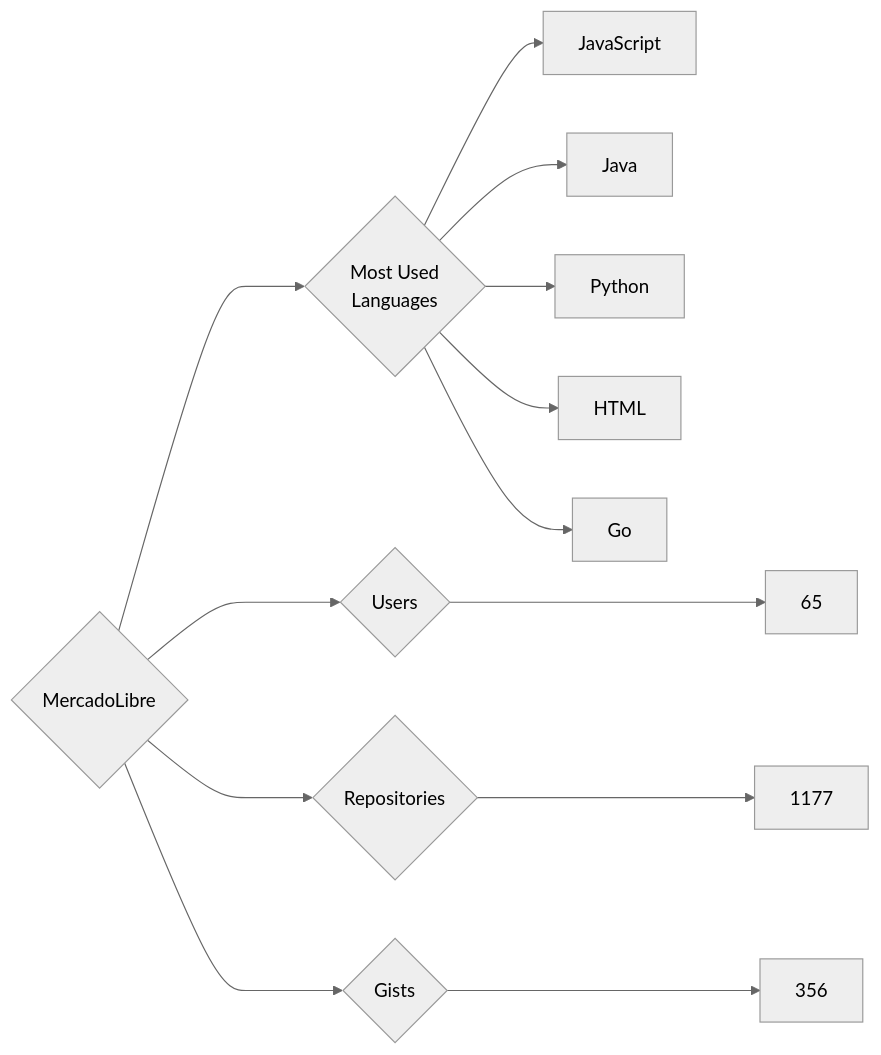
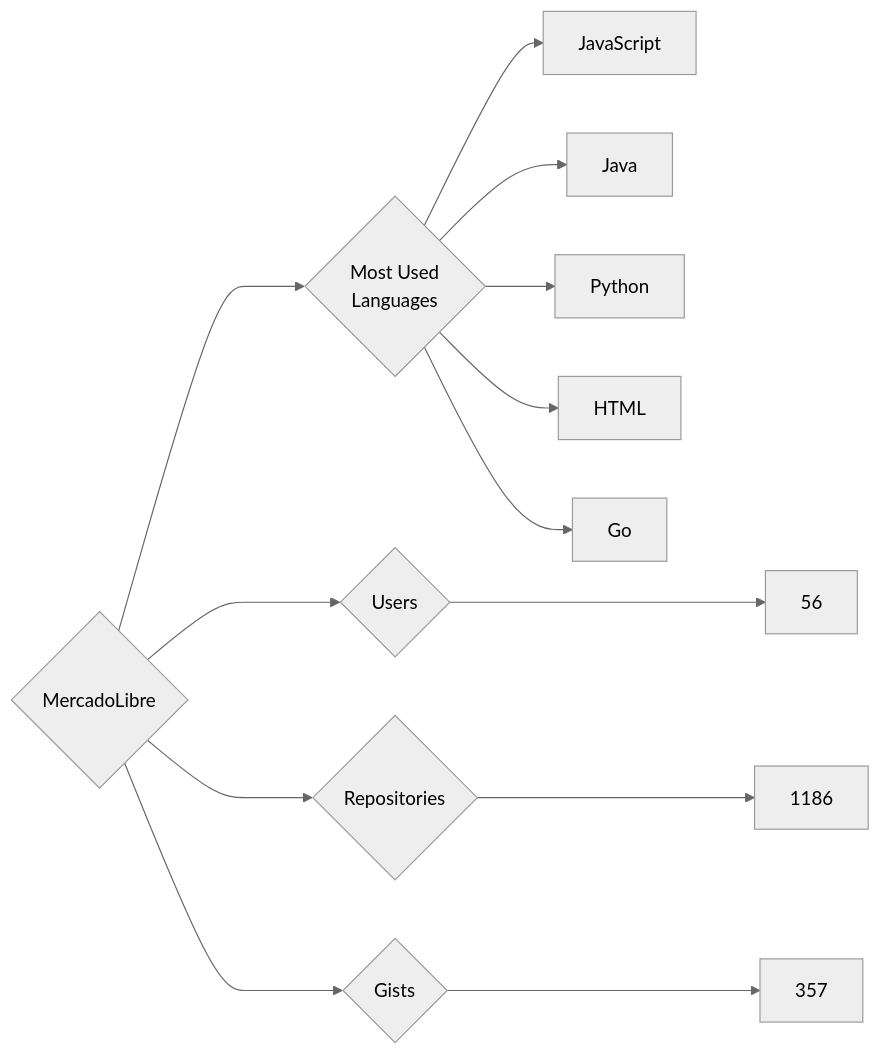
Before and after one commit to trickest/insiders: the diagram in targets/MercadoLibre/README.md, drawn with Mermaid (neutral theme). The commit also changed 878 other files, not shown here.

````diff
--- a/targets/MercadoLibre/README.md
+++ b/targets/MercadoLibre/README.md
@@ -3,13 +3,13 @@
 ```mermaid
 graph LR
 COMPANY_NAME{MercadoLibre}
-COMPANY_NAME ---> U{Users} ---> UN[65]
-COMPANY_NAME ---> R{Repositories} ---> RN[1177]
-COMPANY_NAME ---> G{Gists} ---> GN[356]
+COMPANY_NAME ---> U{Users} ---> UN[56]
+COMPANY_NAME ---> R{Repositories} ---> RN[1186]
+COMPANY_NAME ---> G{Gists} ---> GN[357]
 COMPANY_NAME ---> ML{Most Used<br>Languages}
 ML --> JavaScript[JavaScript]
 ML --> Java[Java]
 ML --> Python[Python]
 ML --> HTML[HTML]
 ML --> Go[Go]
 ```
````
